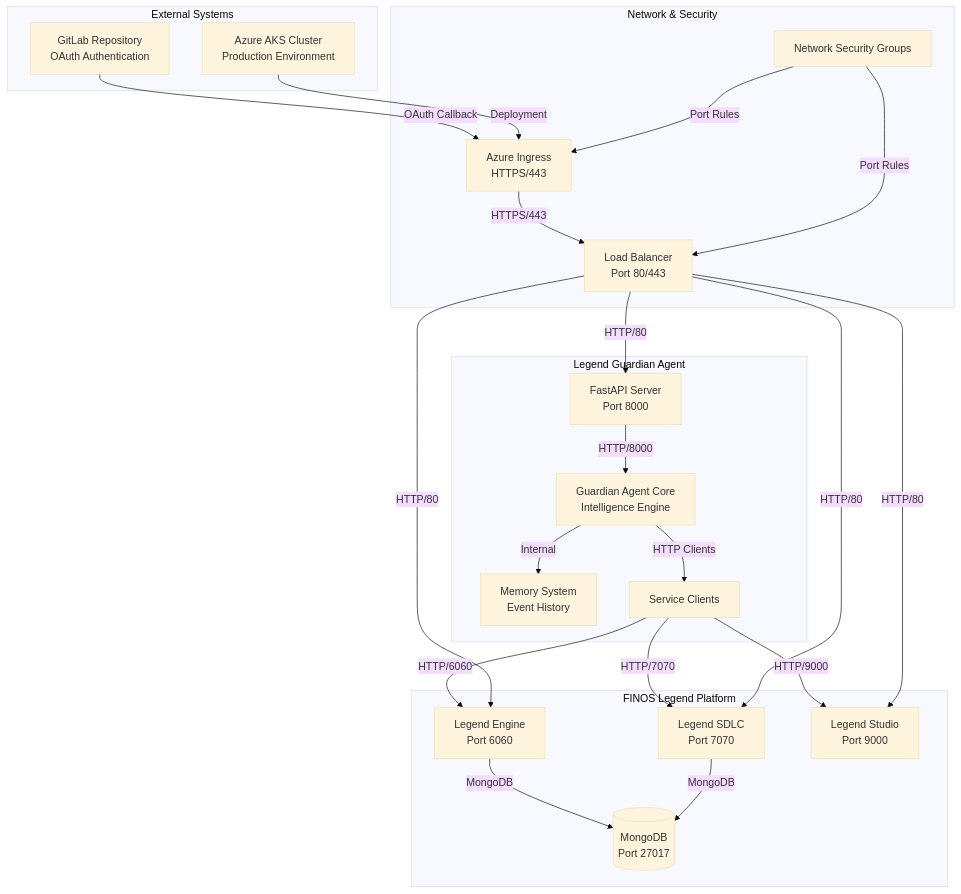
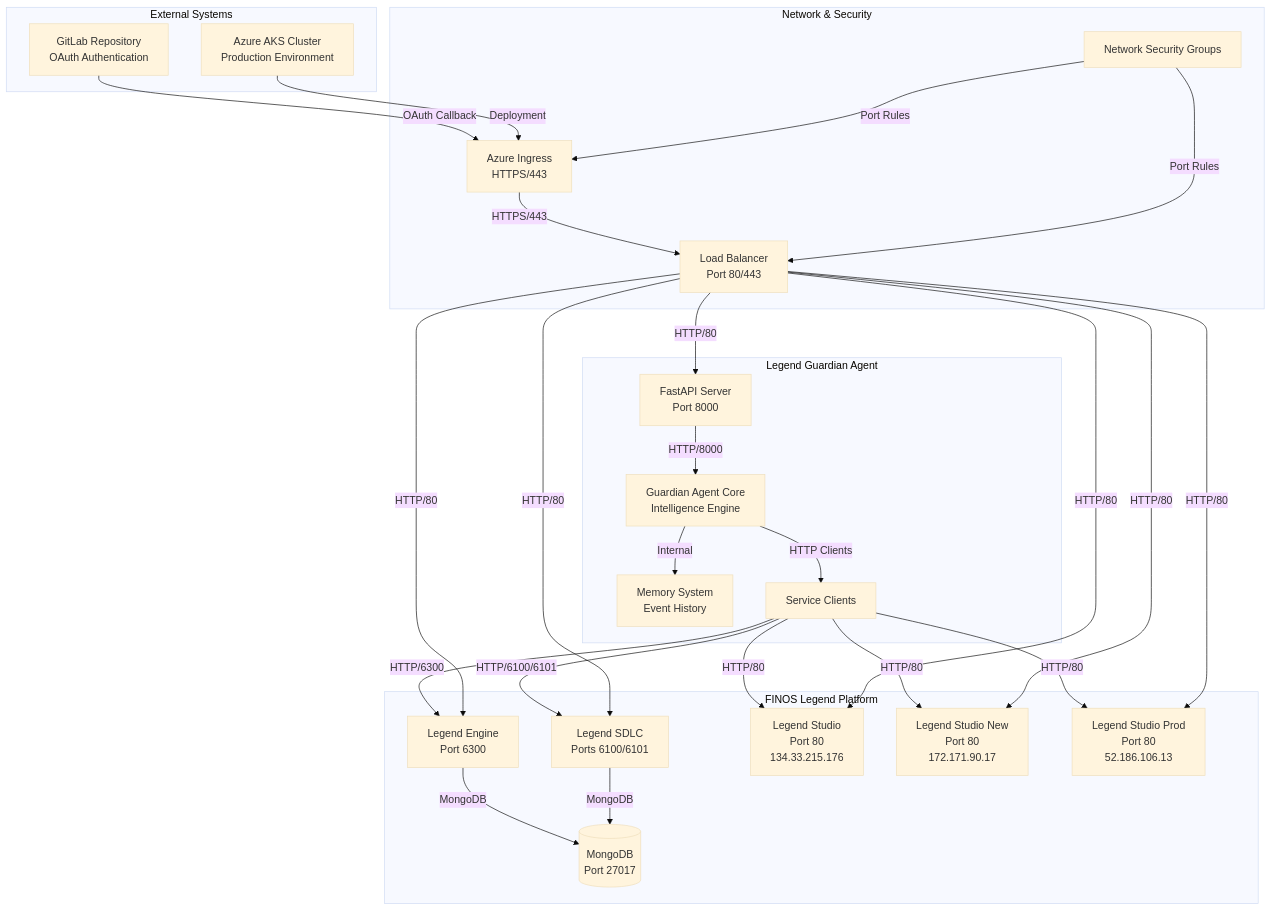
The first of 6 diagrams in docs/architecture.md (atheryon-ai/legend-guardian-workspace), drawn with Mermaid (base theme) before and after one commit. The commit also changed other lines of this file and 103 other files, not shown here.

````diff
--- a/docs/architecture.md
+++ b/docs/architecture.md
@@ -5,56 +5,62 @@
 ```mermaid
 graph TB
     subgraph "External Systems"
         GITLAB[GitLab Repository<br/>OAuth Authentication]
         AZURE[Azure AKS Cluster<br/>Production Environment]
     end
-    
+  
     subgraph "Legend Guardian Agent"
         API[FastAPI Server<br/>Port 8000]
         AGENT[Guardian Agent Core<br/>Intelligence Engine]
         MEMORY[Memory System<br/>Event History]
         CLIENTS[Service Clients]
     end
-    
+  
     subgraph "FINOS Legend Platform"
-        ENGINE[Legend Engine<br/>Port 6060]
-        SDLC[Legend SDLC<br/>Port 7070]
-        STUDIO[Legend Studio<br/>Port 9000]
+        ENGINE[Legend Engine<br/>Port 6300]
+        SDLC[Legend SDLC<br/>Ports 6100/6101]
+        STUDIO[Legend Studio<br/>Port 80<br/>134.33.215.176]
+        STUDIO_NEW[Legend Studio New<br/>Port 80<br/>172.171.90.17]
+        STUDIO_PROD[Legend Studio Prod<br/>Port 80<br/>52.186.106.13]
         MONGO[(MongoDB<br/>Port 27017)]
     end
-    
+  
     subgraph "Network & Security"
         INGRESS[Azure Ingress<br/>HTTPS/443]
         LOADBAL[Load Balancer<br/>Port 80/443]
         FIREWALL[Network Security Groups]
     end
-    
+  
     %% External connections
     GITLAB -->|OAuth Callback| INGRESS
     AZURE -->|Deployment| INGRESS
-    
+  
     %% Guardian Agent connections
     API -->|HTTP/8000| AGENT
     AGENT -->|Internal| MEMORY
     AGENT -->|HTTP Clients| CLIENTS
-    
+  
     %% Service connections
-    CLIENTS -->|HTTP/6060| ENGINE
-    CLIENTS -->|HTTP/7070| SDLC
-    CLIENTS -->|HTTP/9000| STUDIO
-    
+    CLIENTS -->|HTTP/6300| ENGINE
+    CLIENTS -->|HTTP/6100/6101| SDLC
+    CLIENTS -->|HTTP/80| STUDIO
+    CLIENTS -->|HTTP/80| STUDIO_NEW
+    CLIENTS -->|HTTP/80| STUDIO_PROD
+  
     %% Database connections
     ENGINE -->|MongoDB| MONGO
     SDLC -->|MongoDB| MONGO
-    
+  
     %% Network flow
     INGRESS -->|HTTPS/443| LOADBAL
     LOADBAL -->|HTTP/80| API
     LOADBAL -->|HTTP/80| STUDIO
+    LOADBAL -->|HTTP/80| STUDIO_NEW
+    LOADBAL -->|HTTP/80| STUDIO_PROD
     LOADBAL -->|HTTP/80| ENGINE
     LOADBAL -->|HTTP/80| SDLC
-    
+  
     %% Security
     FIREWALL -->|Port Rules| INGRESS
     FIREWALL -->|Port Rules| LOADBAL
 ```
````
